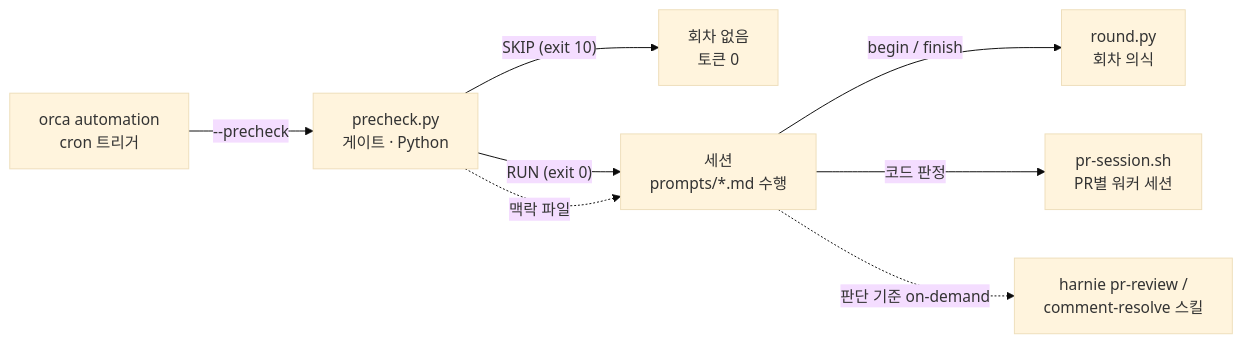
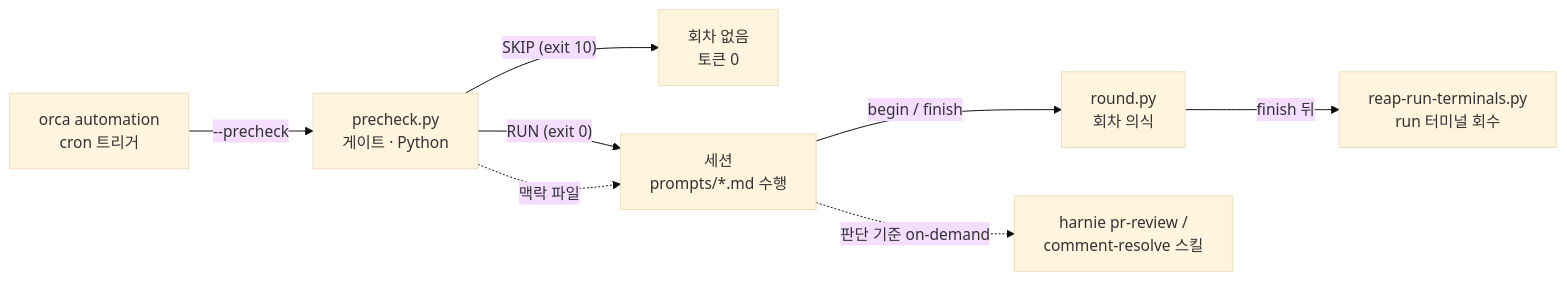
One commit to qnamy/agent-ops changed the diagram in routines/README.md. Above: the diagram before and after it, drawn with Mermaid (base theme). The commit also changed other lines of this file and 2 other files, not shown here.

````diff
--- a/routines/README.md
+++ b/routines/README.md
@@ -9,10 +9,10 @@
 ```mermaid
 flowchart LR
     A["orca automation<br/>cron 트리거"] -->|"--precheck"| B["precheck.py<br/>게이트 · Python"]
     B -->|"SKIP (exit 10)"| X["회차 없음<br/>토큰 0"]
     B -->|"RUN (exit 0)"| C["세션<br/>prompts/*.md 수행"]
     B -.->|"맥락 파일"| C
     C -->|"begin / finish"| D["round.py<br/>회차 의식"]
-    C -->|"코드 판정"| E["pr-session.sh<br/>PR별 워커 세션"]
+    D -->|"finish 뒤"| E["reap-run-terminals.py<br/>run 터미널 회수"]
     C -.->|"판단 기준 on-demand"| F["harnie pr-review /<br/>comment-resolve 스킬"]
 ```
````
